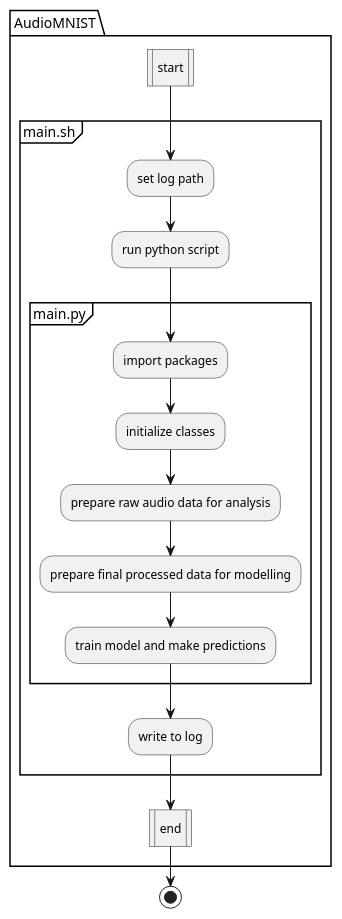
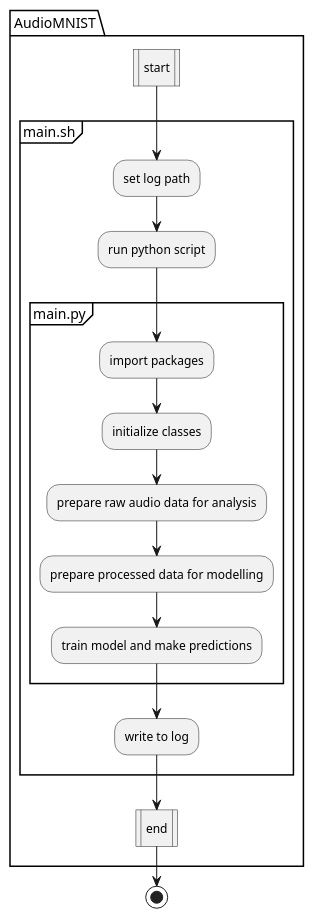
One commit to Aketirani/audio-mnist changed the diagram in flowchart.wsd. Above: the diagram before and after it, drawn with PlantUML. The commit also changed 15 other files, not shown here.

```diff
--- a/flowchart.wsd
+++ b/flowchart.wsd
@@ -1,20 +1,20 @@
 @startuml Pipeline Flowchart
 |AudioMNIST|
 package "AudioMNIST" {
     :start|
     partition "main.sh" {
         :set log path;
         :run python script;
         partition "main.py" {
             :import packages;
             :initialize classes;
             :prepare raw audio data for analysis;
-            :prepare final processed data for modelling;
+            :prepare processed data for modelling;
             :train model and make predictions;
         }
         :write to log;
     }
     :end|
 }
 stop
 @enduml
```
